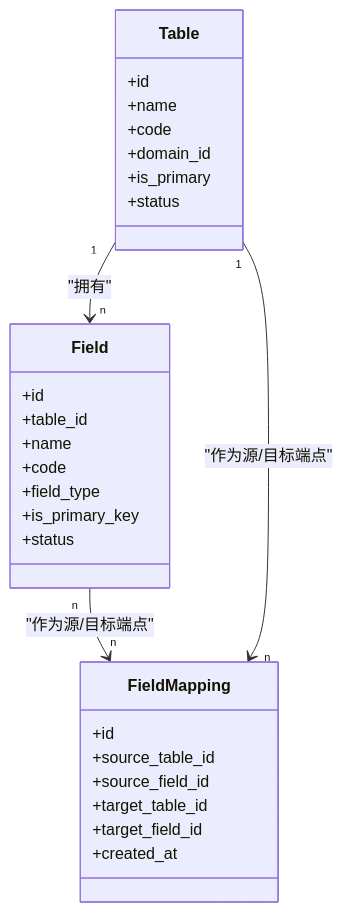
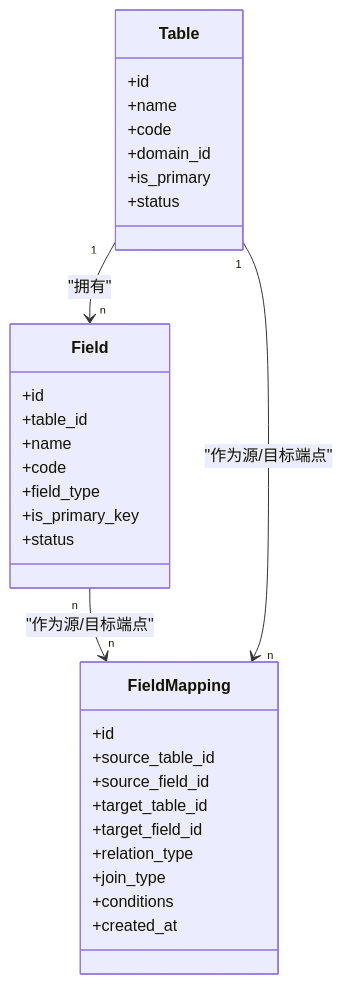
One commit to zyp-coder/Metadata changed the second of 6 diagrams in .qoder/repowiki/zh/content/架构设计/数据架构/数据库设计/核心实体模型/字段映射模型.md. Above: the diagram before and after it, drawn with Mermaid. The commit also changed other lines of this file and 39 other files, not shown here.

````diff
--- a/.qoder/repowiki/zh/content/架构设计/数据架构/数据库设计/核心实体模型/字段映射模型.md
+++ b/.qoder/repowiki/zh/content/架构设计/数据架构/数据库设计/核心实体模型/字段映射模型.md
@@ -89,31 +92,34 @@
 ```mermaid
 classDiagram
 class Table {
 +id
 +name
 +code
 +domain_id
 +is_primary
 +status
 }
 class Field {
 +id
 +table_id
 +name
 +code
 +field_type
 +is_primary_key
 +status
 }
 class FieldMapping {
 +id
 +source_table_id
 +source_field_id
 +target_table_id
 +target_field_id
++relation_type
++join_type
++conditions
 +created_at
 }
 Table "1" --> "n" Field : "拥有"
 Field "n" --> "n" FieldMapping : "作为源/目标端点"
 Table "1" --> "n" FieldMapping : "作为源/目标端点"
 ```
````
